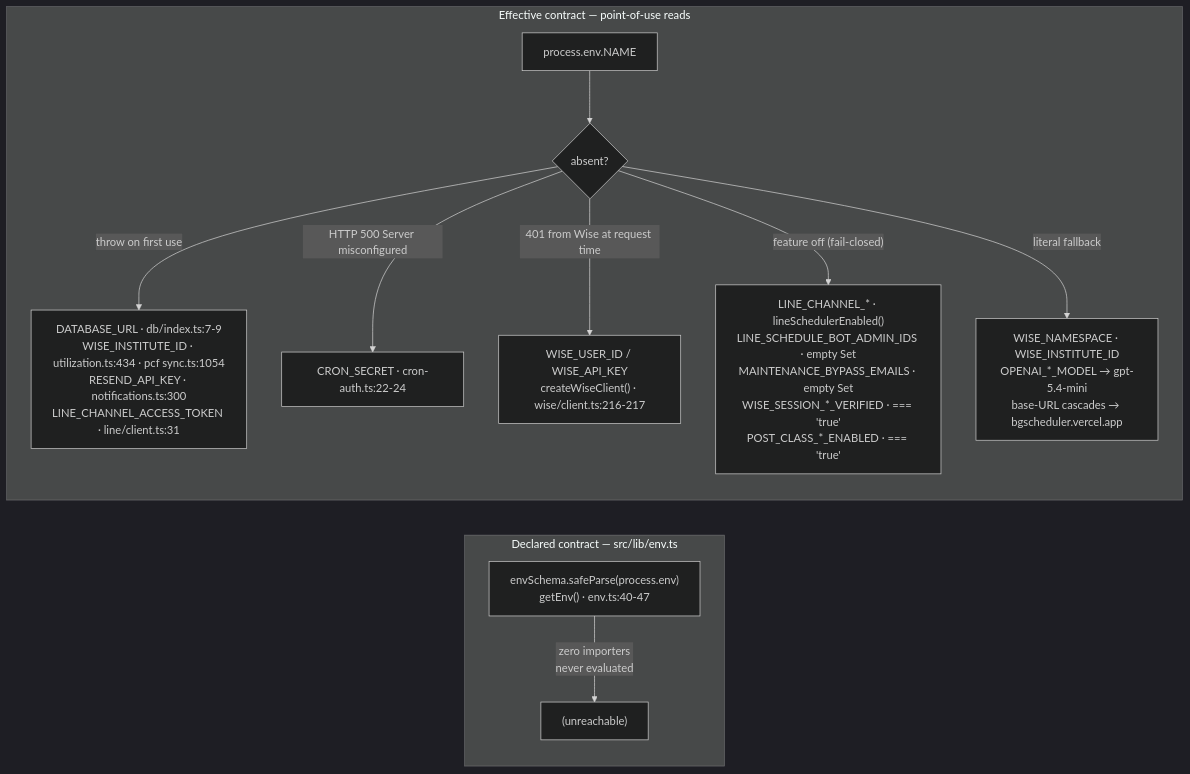
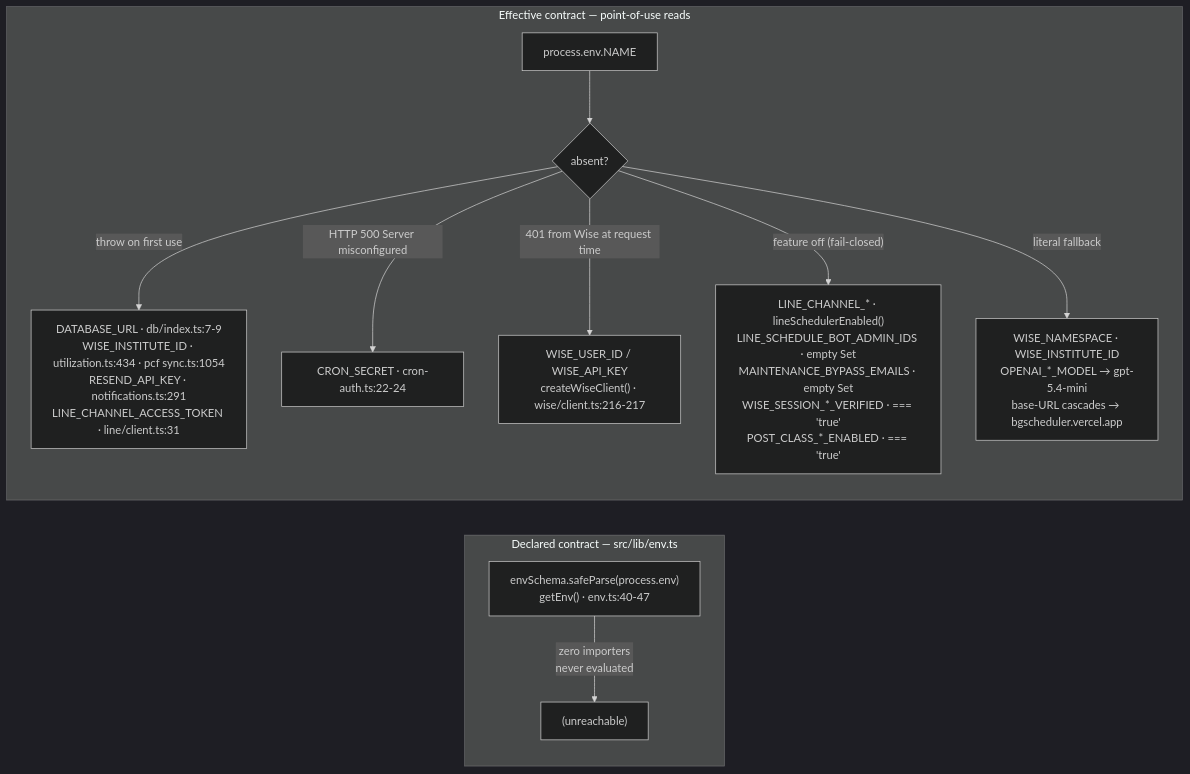
The first of 2 diagrams in docs/reference/env.md (kasheesh711/bgscheduler), drawn with Mermaid (dark theme) before and after one commit. The commit also changed other lines of this file and 2 other files, not shown here.

Commit message:
docs(email): correct Resend rollout, rollback, env and plan notes

````diff
--- a/docs/reference/env.md
+++ b/docs/reference/env.md
@@ -101,14 +101,14 @@
 ```mermaid
 flowchart LR
   subgraph Declared["Declared contract — src/lib/env.ts"]
     Z["envSchema.safeParse(process.env)<br/>getEnv() · env.ts:40-47"] -->|"zero importers<br/>never evaluated"| X["(unreachable)"]
   end
   subgraph Actual["Effective contract — point-of-use reads"]
     P["process.env.NAME"] --> T{"absent?"}
-    T -->|"throw on first use"| A["DATABASE_URL · db/index.ts:7-9<br/>WISE_INSTITUTE_ID · utilization.ts:434 · pcf sync.ts:1054<br/>RESEND_API_KEY · notifications.ts:300<br/>LINE_CHANNEL_ACCESS_TOKEN · line/client.ts:31"]
+    T -->|"throw on first use"| A["DATABASE_URL · db/index.ts:7-9<br/>WISE_INSTITUTE_ID · utilization.ts:434 · pcf sync.ts:1054<br/>RESEND_API_KEY · notifications.ts:291<br/>LINE_CHANNEL_ACCESS_TOKEN · line/client.ts:31"]
     T -->|"HTTP 500 Server misconfigured"| D["CRON_SECRET · cron-auth.ts:22-24"]
     T -->|"401 from Wise at request time"| E["WISE_USER_ID / WISE_API_KEY<br/>createWiseClient() · wise/client.ts:216-217"]
     T -->|"feature off (fail-closed)"| B["LINE_CHANNEL_* · lineSchedulerEnabled()<br/>LINE_SCHEDULE_BOT_ADMIN_IDS · empty Set<br/>MAINTENANCE_BYPASS_EMAILS · empty Set<br/>WISE_SESSION_*_VERIFIED · === 'true'<br/>POST_CLASS_*_ENABLED · === 'true'"]
     T -->|"literal fallback"| C["WISE_NAMESPACE · WISE_INSTITUTE_ID<br/>OPENAI_*_MODEL → gpt-5.4-mini<br/>base-URL cascades → bgscheduler.vercel.app"]
   end
 ```
````
